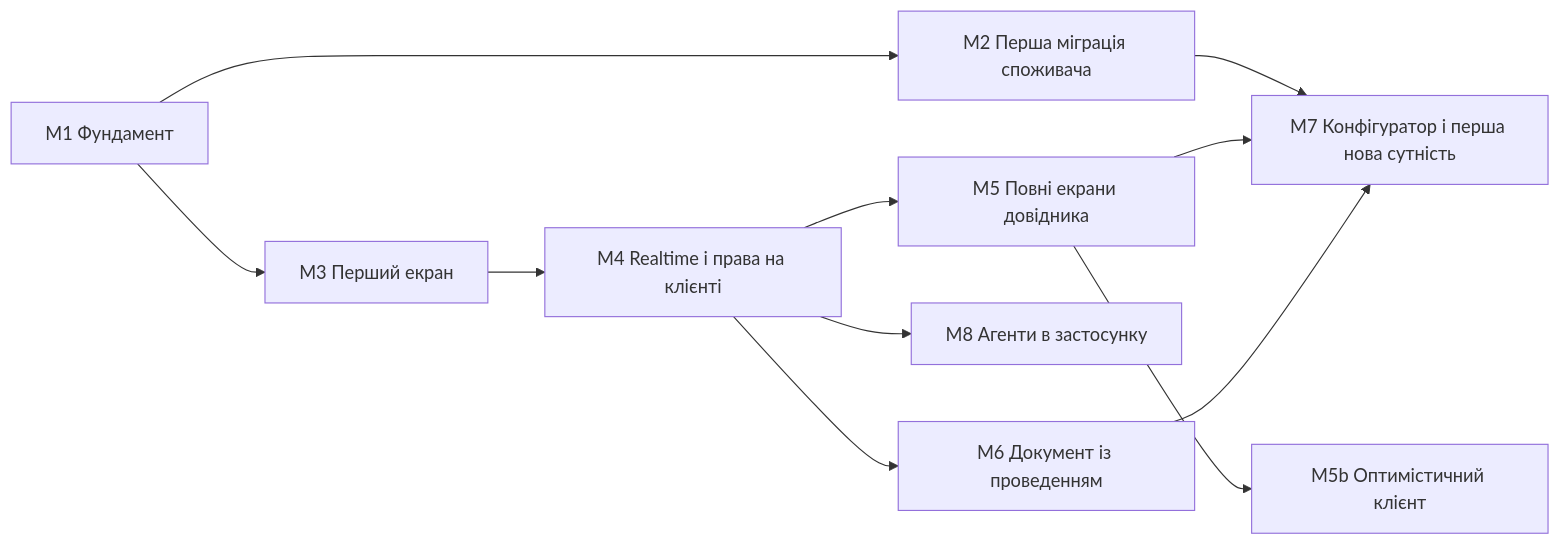
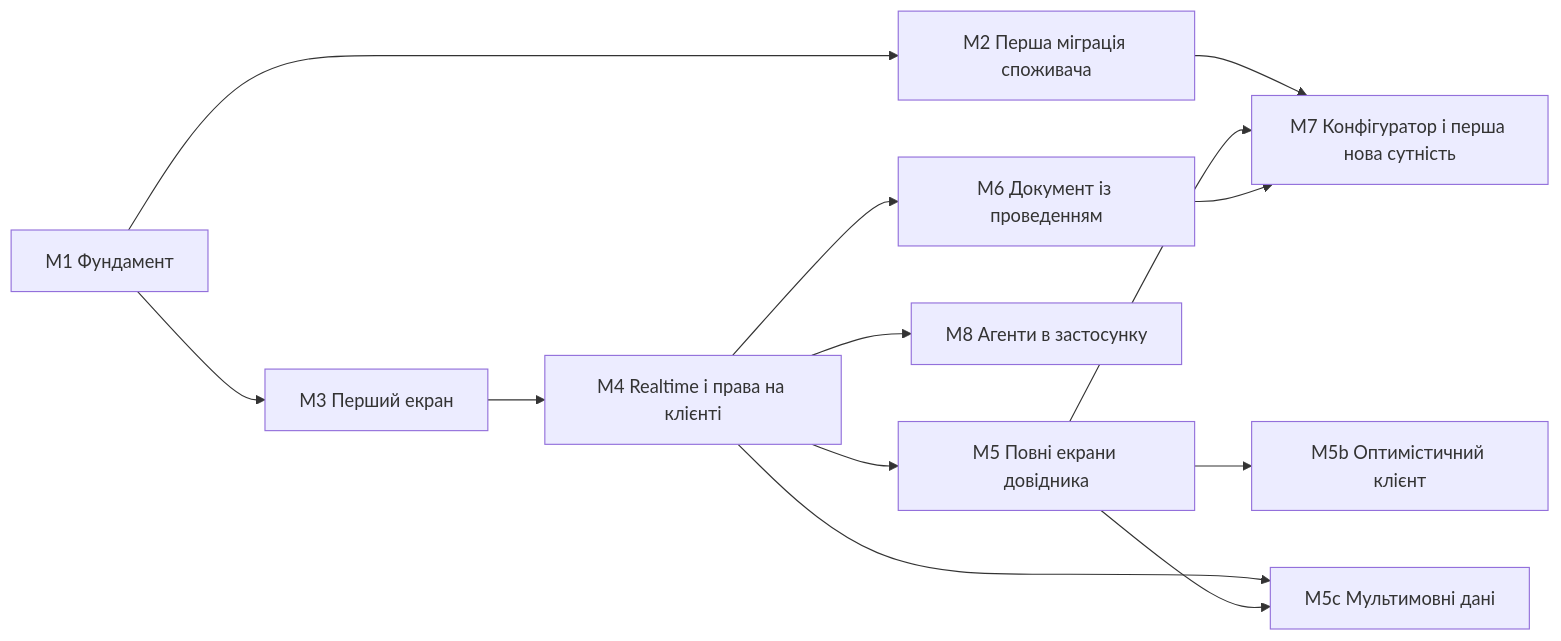
Before and after one commit to VSydorenko/Simetra: the diagram in docs/ROADMAP.md, drawn with Mermaid. The commit also changed other lines of this file and 1 other file, not shown here.

Commit message:
docs(spec): мультимовні дані — блоки B1…B8, інтерфейси, брама публікації; віха М5c у дорожній карті

````diff
--- a/docs/ROADMAP.md
+++ b/docs/ROADMAP.md
@@ -12,13 +12,15 @@
 ```mermaid
 flowchart LR
   M1[М1 Фундамент] --> M2[М2 Перша міграція споживача]
   M1 --> M3[М3 Перший екран]
   M3 --> M4[М4 Realtime і права на клієнті]
   M4 --> M5[М5 Повні екрани довідника]
   M5 --> M5b[М5b Оптимістичний клієнт]
+  M4 --> M5c[М5c Мультимовні дані]
+  M5 --> M5c
   M4 --> M8[М8 Агенти в застосунку]
   M4 --> M6[М6 Документ із проведенням]
   M2 --> M7[М7 Конфігуратор і перша нова сутність]
   M5 --> M7
   M6 --> M7
 ```
````
